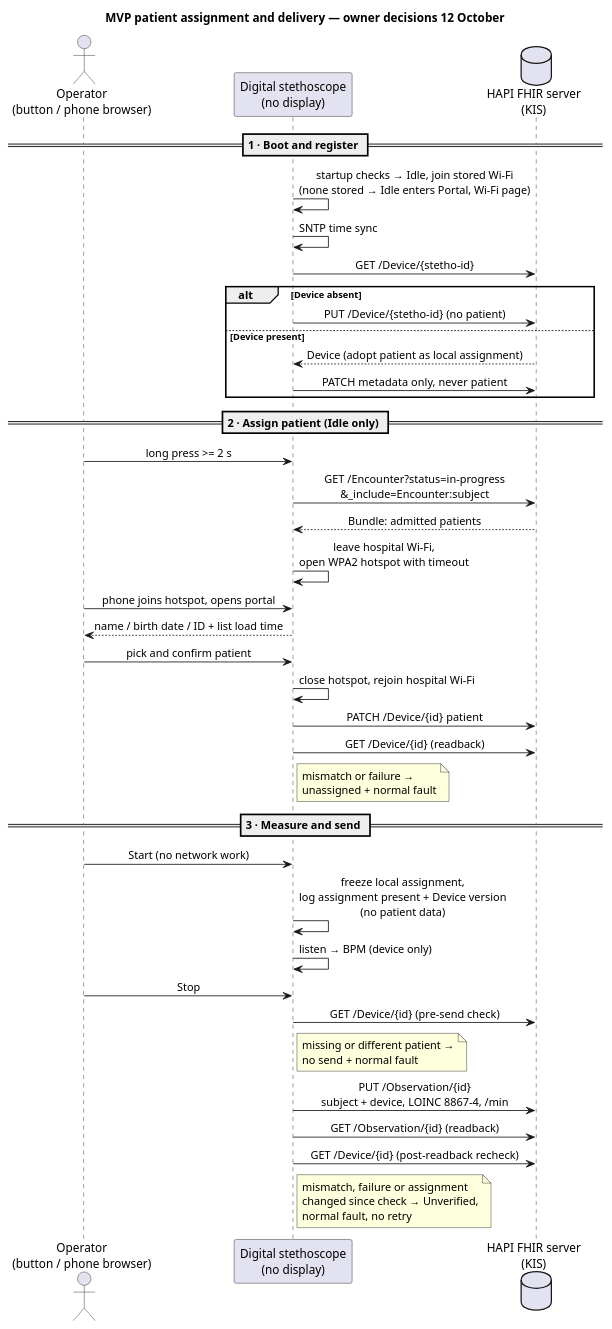
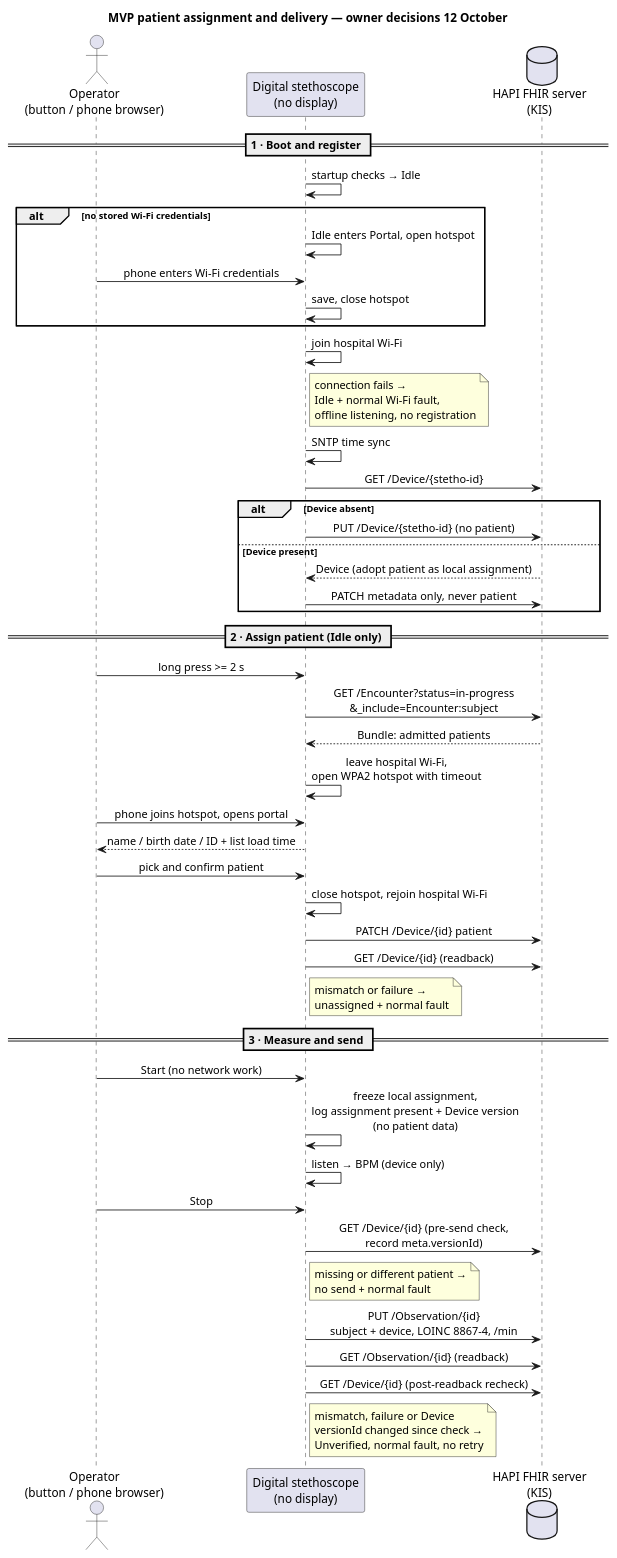
One commit to DemonicPsychoII/DigitalStethoscope changed the diagram in Development/system/architecture/patient-assignment-workflow.puml. Above: the diagram before and after it, drawn with PlantUML. The commit also changed 4 other files, not shown here.

```diff
--- a/Development/system/architecture/patient-assignment-workflow.puml
+++ b/Development/system/architecture/patient-assignment-workflow.puml
@@ -1,45 +1,52 @@
 @startuml patient_assignment_workflow
 skinparam shadowing false
 skinparam defaultFontName SansSerif
 skinparam sequenceMessageAlign center
 title MVP patient assignment and delivery — owner decisions 12 October
 actor "Operator\n(button / phone browser)" as op
 participant "Digital stethoscope\n(no display)" as dev
 database "HAPI FHIR server\n(KIS)" as fhir
 
 == 1 · Boot and register ==
-dev -> dev : startup checks → Idle, join stored Wi-Fi\n(none stored → Idle enters Portal, Wi-Fi page)
+dev -> dev : startup checks → Idle
+alt no stored Wi-Fi credentials
+  dev -> dev : Idle enters Portal, open hotspot
+  op -> dev : phone enters Wi-Fi credentials
+  dev -> dev : save, close hotspot
+end
+dev -> dev : join hospital Wi-Fi
+note right of dev : connection fails →\nIdle + normal Wi-Fi fault,\noffline listening, no registration
 dev -> dev : SNTP time sync
 dev -> fhir : GET /Device/{stetho-id}
 alt Device absent
   dev -> fhir : PUT /Device/{stetho-id} (no patient)
 else Device present
   fhir --> dev : Device (adopt patient as local assignment)
   dev -> fhir : PATCH metadata only, never patient
 end
 
 == 2 · Assign patient (Idle only) ==
 op -> dev : long press >= 2 s
 dev -> fhir : GET /Encounter?status=in-progress\n&_include=Encounter:subject
 fhir --> dev : Bundle: admitted patients
 dev -> dev : leave hospital Wi-Fi,\nopen WPA2 hotspot with timeout
 op -> dev : phone joins hotspot, opens portal
 dev --> op : name / birth date / ID + list load time
 op -> dev : pick and confirm patient
 dev -> dev : close hotspot, rejoin hospital Wi-Fi
 dev -> fhir : PATCH /Device/{id} patient
 dev -> fhir : GET /Device/{id} (readback)
 note right of dev : mismatch or failure →\nunassigned + normal fault
 
 == 3 · Measure and send ==
 op -> dev : Start (no network work)
 dev -> dev : freeze local assignment,\nlog assignment present + Device version\n(no patient data)
 dev -> dev : listen → BPM (device only)
 op -> dev : Stop
-dev -> fhir : GET /Device/{id} (pre-send check)
+dev -> fhir : GET /Device/{id} (pre-send check,\nrecord meta.versionId)
 note right of dev : missing or different patient →\nno send + normal fault
 dev -> fhir : PUT /Observation/{id}\nsubject + device, LOINC 8867-4, /min
 dev -> fhir : GET /Observation/{id} (readback)
 dev -> fhir : GET /Device/{id} (post-readback recheck)
-note right of dev : mismatch, failure or assignment\nchanged since check → Unverified,\nnormal fault, no retry
+note right of dev : mismatch, failure or Device\nversionId changed since check →\nUnverified, normal fault, no retry
 @enduml
```
